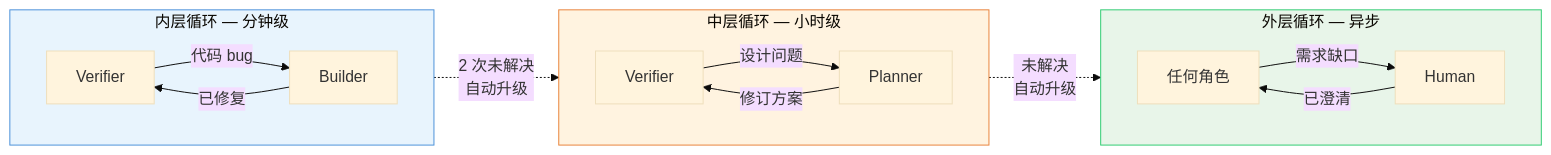
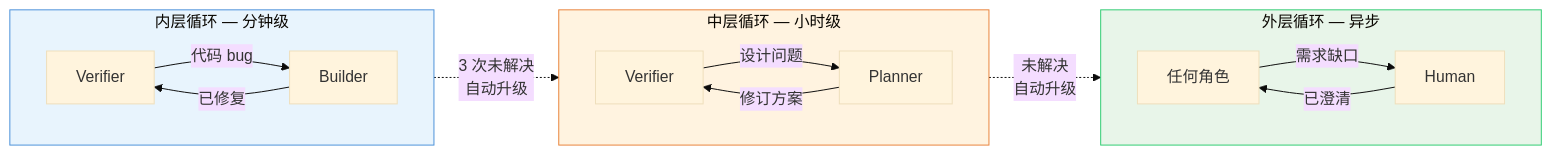
The second of 2 diagrams in README.zh-CN.md (hex1n/baton), drawn with Mermaid (base theme) before and after one commit. The commit also changed other lines of this file and 8 other files, not shown here.

````diff
--- a/README.zh-CN.md
+++ b/README.zh-CN.md
@@ -98,27 +98,27 @@
 ```mermaid
 flowchart LR
     subgraph Inner["内层循环 — 分钟级"]
         direction LR
         V1[Verifier] -->|代码 bug| B1[Builder]
         B1 -->|已修复| V1
     end
 
     subgraph Middle["中层循环 — 小时级"]
         direction LR
         V2[Verifier] -->|设计问题| P1[Planner]
         P1 -->|修订方案| V2
     end
 
     subgraph Outer["外层循环 — 异步"]
         direction LR
         Any[任何角色] -->|需求缺口| H1[Human]
         H1 -->|已澄清| Any
     end
 
-    Inner -.->|"2 次未解决<br/>自动升级"| Middle
+    Inner -.->|"3 次未解决<br/>自动升级"| Middle
     Middle -.->|"未解决<br/>自动升级"| Outer
 
     style Inner fill:#E8F4FD,stroke:#4A90D9
     style Middle fill:#FFF3E0,stroke:#E8833A
     style Outer fill:#E8F5E9,stroke:#2ECC71
 ```
````
